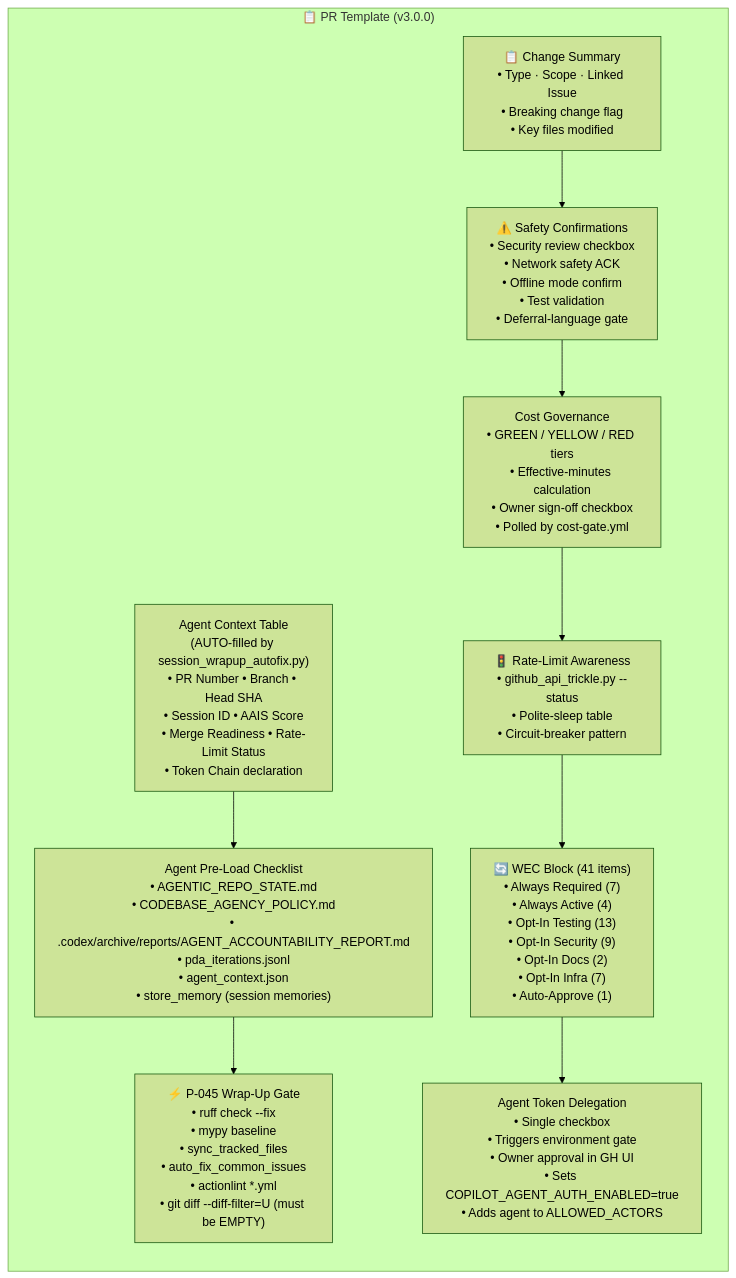
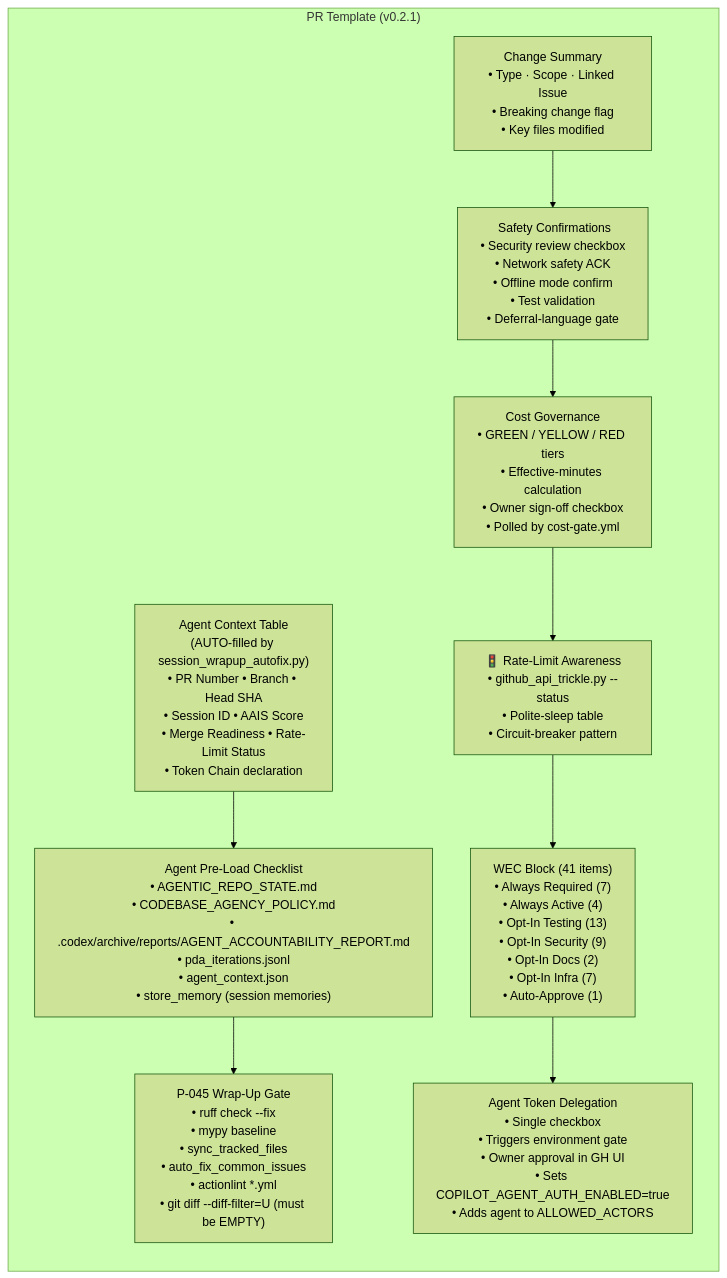
Before and after one commit to Aries-Serpent/_codex_: the third of 12 diagrams in docs/plans/AUTONOMOUS_PRIVILEGE_ARCHITECTURE.md, drawn with Mermaid (forest theme). The commit also changed other lines of this file and 1989 other files, not shown here.

````diff
--- a/docs/plans/AUTONOMOUS_PRIVILEGE_ARCHITECTURE.md
+++ b/docs/plans/AUTONOMOUS_PRIVILEGE_ARCHITECTURE.md
@@ -112,18 +112,18 @@
 ```mermaid
-%%{init: {'accessibility': {'title': 'Flowchart showing "📋 PR Template (v3.0.0)", " Agent Context Table\n(AUTO-filled by session_wrapup_autofix.py)\n• PR Number • Branch • Head SHA\n• Session ID • AAIS Score\n• Merge Readiness • Rate-Limit Status\n• Token Chain declaration"'}}%%
+%%{init: {'accessibility': {'title': 'Flowchart showing " PR Template (v0.2.1)", " Agent Context Table\n(AUTO-filled by session_wrapup_autofix.py)\n• PR Number • Branch • Head SHA\n• Session ID • AAIS Score\n• Merge Readiness • Rate-Limit Status\n• Token Chain declaration"'}}%%
 graph LR
-    subgraph TEMPLATE["📋 PR Template (v3.0.0)"]
+    subgraph TEMPLATE[" PR Template (v0.2.1)"]
         META[" Agent Context Table\n(AUTO-filled by session_wrapup_autofix.py)\n• PR Number • Branch • Head SHA\n• Session ID • AAIS Score\n• Merge Readiness • Rate-Limit Status\n• Token Chain declaration"]
         PRE[" Agent Pre-Load Checklist\n• AGENTIC_REPO_STATE.md\n• CODEBASE_AGENCY_POLICY.md\n• .codex/archive/reports/AGENT_ACCOUNTABILITY_REPORT.md\n• pda_iterations.jsonl\n• agent_context.json\n• store_memory (session memories)"]
-        P045["⚡ P-045 Wrap-Up Gate\n• ruff check --fix\n• mypy baseline\n• sync_tracked_files\n• auto_fix_common_issues\n• actionlint *.yml\n• git diff --diff-filter=U (must be EMPTY)"]
-        CHANGE["📋 Change Summary\n• Type · Scope · Linked Issue\n• Breaking change flag\n• Key files modified"]
-        SAFETY["⚠️ Safety Confirmations\n• Security review checkbox\n• Network safety ACK\n• Offline mode confirm\n• Test validation\n• Deferral-language gate"]
+        P045[" P-045 Wrap-Up Gate\n• ruff check --fix\n• mypy baseline\n• sync_tracked_files\n• auto_fix_common_issues\n• actionlint *.yml\n• git diff --diff-filter=U (must be EMPTY)"]
+        CHANGE[" Change Summary\n• Type · Scope · Linked Issue\n• Breaking change flag\n• Key files modified"]
+        SAFETY["️ Safety Confirmations\n• Security review checkbox\n• Network safety ACK\n• Offline mode confirm\n• Test validation\n• Deferral-language gate"]
         COST[" Cost Governance\n• GREEN / YELLOW / RED tiers\n• Effective-minutes calculation\n• Owner sign-off checkbox\n• Polled by cost-gate.yml"]
         RATELIMIT["🚦 Rate-Limit Awareness\n• github_api_trickle.py --status\n• Polite-sleep table\n• Circuit-breaker pattern"]
-        WEC_BLOCK["🔄 WEC Block (41 items)\n• Always Required (7)\n• Always Active (4)\n• Opt-In Testing (13)\n• Opt-In Security (9)\n• Opt-In Docs (2)\n• Opt-In Infra (7)\n• Auto-Approve (1)"]
+        WEC_BLOCK[" WEC Block (41 items)\n• Always Required (7)\n• Always Active (4)\n• Opt-In Testing (13)\n• Opt-In Security (9)\n• Opt-In Docs (2)\n• Opt-In Infra (7)\n• Auto-Approve (1)"]
         DELEGATION[" Agent Token Delegation\n• Single checkbox\n• Triggers environment gate\n• Owner approval in GH UI\n• Sets COPILOT_AGENT_AUTH_ENABLED=true\n• Adds agent to ALLOWED_ACTORS"]
     end
 
     META --> PRE --> P045
     CHANGE --> SAFETY --> COST --> RATELIMIT --> WEC_BLOCK --> DELEGATION
 ```
````
